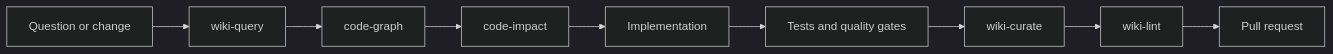
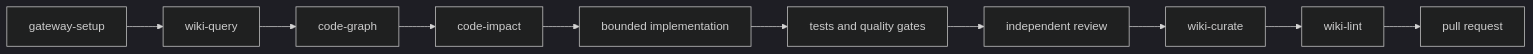
The diagram in docs/agent-skills.md (fszalaj/knowledge-gateway), drawn with Mermaid (dark theme) before and after one commit. The commit also changed other lines of this file and 8 other files, not shown here.

````diff
--- a/docs/agent-skills.md
+++ b/docs/agent-skills.md
@@ -28,11 +63,12 @@
 ```mermaid
 flowchart LR
-    Q[Question or change] --> WQ[wiki-query]
+    S[gateway-setup] --> WQ[wiki-query]
     WQ --> CG[code-graph]
     CG --> CI[code-impact]
-    CI --> I[Implementation]
-    I --> V[Tests and quality gates]
-    V --> WC[wiki-curate]
+    CI --> I[bounded implementation]
+    I --> V[tests and quality gates]
+    V --> R[independent review]
+    R --> WC[wiki-curate]
     WC --> WL[wiki-lint]
-    WL --> PR[Pull request]
+    WL --> PR[pull request]
 ```
````
